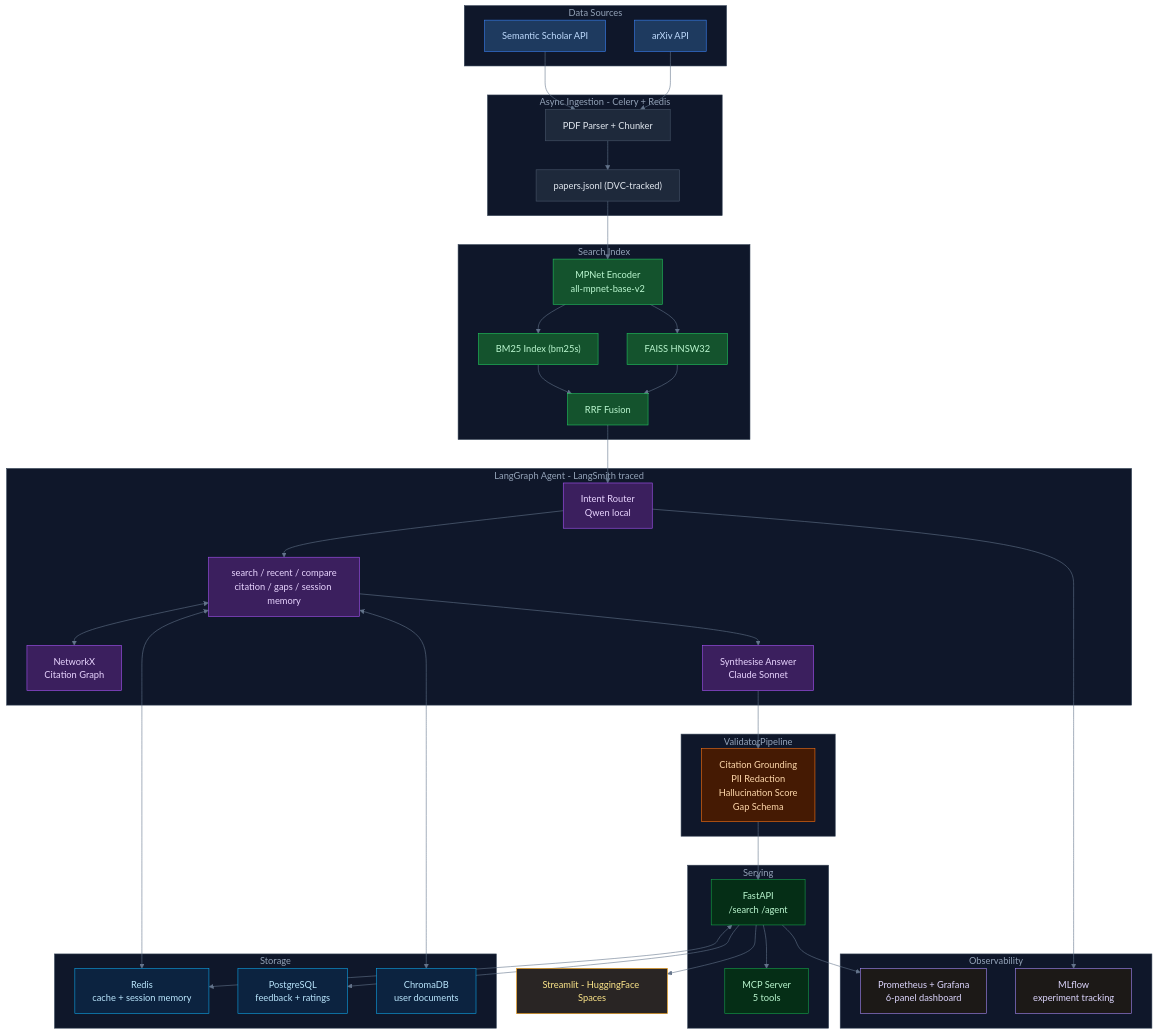
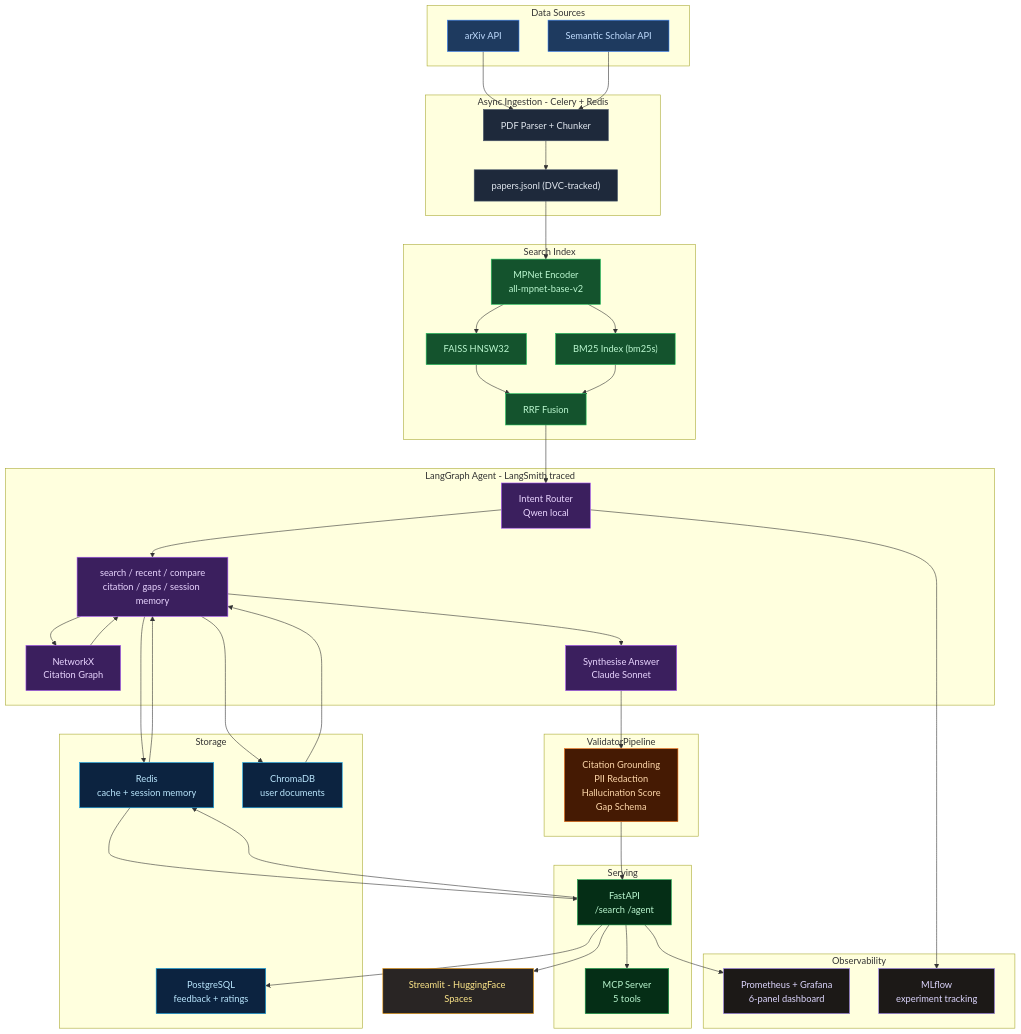
The diagram in README.md (stharajkiran/ResearchMind), drawn with Mermaid before and after one commit. The commit also changed 16 other files, not shown here.

````diff
--- a/README.md
+++ b/README.md
@@ -102,5 +102,4 @@
 ```mermaid
-%%{init: {'theme': 'base', 'themeVariables': {'primaryColor': '#1e293b', 'primaryTextColor': '#e2e8f0', 'primaryBorderColor': '#475569', 'lineColor': '#64748b', 'secondaryColor': '#0f172a', 'tertiaryColor': '#1e3a5f', 'clusterBkg': '#0f172a', 'clusterBorder': '#334155', 'titleColor': '#94a3b8', 'edgeLabelBackground': '#1e293b'}}}%%
 flowchart TD
     classDef source   fill:#1e3a5f,stroke:#3b82f6,color:#bfdbfe
     classDef ingest   fill:#1e293b,stroke:#475569,color:#e2e8f0
@@ -158,22 +157,31 @@
 
     Demo["Streamlit - HuggingFace Spaces"]
 
-    arXiv & S2 --> Parser --> Corpus
-    Corpus --> Enc --> FAISS & BM25
-    FAISS & BM25 --> RRF
+    arXiv --> Parser
+    S2 --> Parser
+    Parser --> Corpus
+    Corpus --> Enc
+    Enc --> FAISS
+    Enc --> BM25
+    FAISS --> RRF
+    BM25 --> RRF
 
     RRF --> Router
     Router --> Tools
-    Tools <--> NX
-    Tools <--> Redis
-    Tools <--> Chroma
+    Tools --> NX
+    NX --> Tools
+    Tools --> Redis
+    Redis --> Tools
+    Tools --> Chroma
+    Chroma --> Tools
     Tools --> Synth
     Synth --> V
     V --> API
 
     API --> MCP
     API --> Demo
-    API <--> Redis
+    API --> Redis
+    Redis --> API
     API --> PG
     API --> Prom
     Router --> MLflow
````
